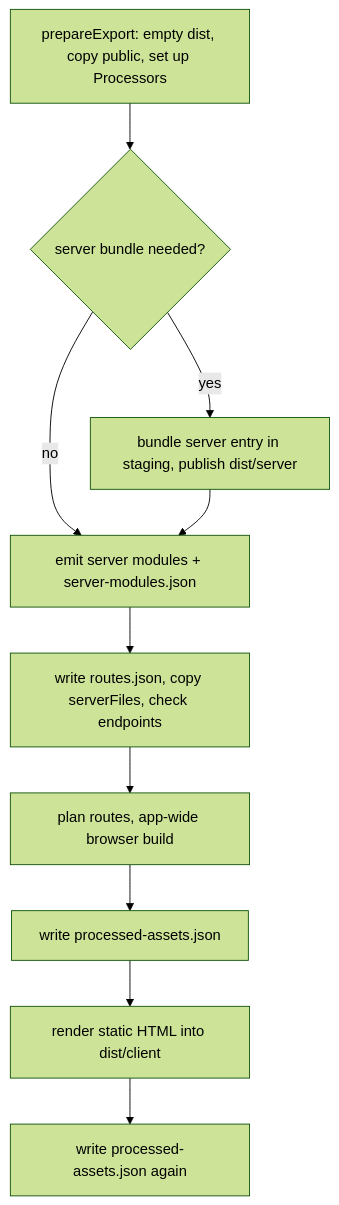
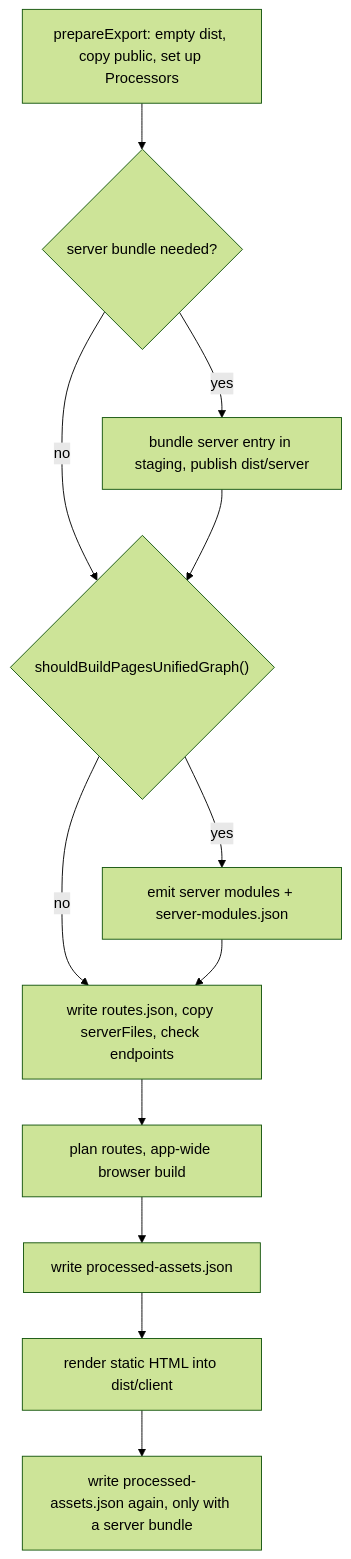
One commit to ecopages/ecopages changed the first of 3 diagrams in apps/docs/src/content/dev/build-and-start.mdx. Above: the diagram before and after it, drawn with Mermaid (forest theme). The commit also changed other lines of this file and 4 other files, not shown here.

First line of the commit message:
docs: correct asset paths, error text and diagrams on the developer pages

````diff
--- a/apps/docs/src/content/dev/build-and-start.mdx
+++ b/apps/docs/src/content/dev/build-and-start.mdx
@@ -36,12 +36,14 @@
 ```mermaid
 flowchart TD
     A[prepareExport: empty dist, copy public, set up Processors] --> B{server bundle needed?}
     B -- yes --> C[bundle server entry in staging, publish dist/server]
-    B -- no --> D
-    C --> D[emit server modules + server-modules.json]
+    B -- no --> U
+    C --> U{"shouldBuildPagesUnifiedGraph()"}
+    U -- yes --> D[emit server modules + server-modules.json]
+    U -- no --> E
     D --> E[write routes.json, copy serverFiles, check endpoints]
     E --> F[plan routes, app-wide browser build]
     F --> G[write processed-assets.json]
     G --> H[render static HTML into dist/client]
-    H --> I[write processed-assets.json again]
+    H --> I["write processed-assets.json again, only with a server bundle"]
 ```
````
